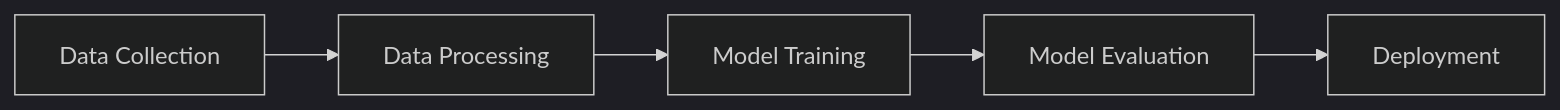
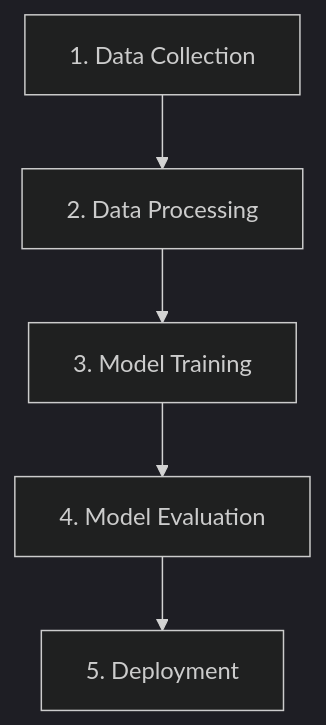
The fifth of 5 diagrams in english/00_60_AWS_Certifications_and_exam.md (CloudCityPress/aws-aif-c01), drawn with Mermaid (dark theme) before and after one commit. The commit also changed other lines of this file and 76 other files, not shown here.

````diff
--- a/english/00_60_AWS_Certifications_and_exam.md
+++ b/english/00_60_AWS_Certifications_and_exam.md
@@ -195,7 +231,7 @@
 ```mermaid
-flowchart LR
-    A[Data Collection] --> B[Data Processing]
-    B --> C[Model Training] 
-    C --> D[Model Evaluation]
-    D --> E[Deployment]
+flowchart TD
+    A[1. Data Collection] --> B[2. Data Processing]
+    B --> C[3. Model Training]
+    C --> D[4. Model Evaluation]
+    D --> E[5. Deployment]
 ```
````
